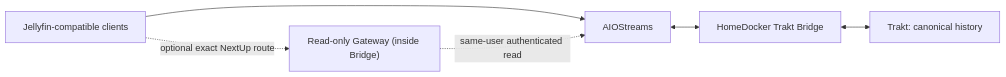
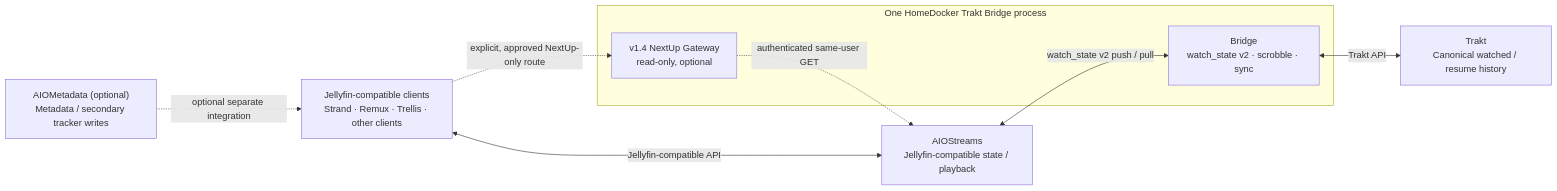
One commit to olivergiangvu/homedocker-trakt-bridge changed the diagram in README.md. Above: the diagram before and after it, drawn with Mermaid. The commit also changed other lines of this file, not shown here.

Commit message:
docs(readme): fully refresh v1.4 stable front page, architecture and operator guidance

````diff
--- a/README.md
+++ b/README.md
@@ -19,8 +35,19 @@
 ```mermaid
 flowchart LR
-    C["Jellyfin-compatible clients"] --> A["AIOStreams"]
-    A <--> B["HomeDocker Trakt Bridge"]
-    B <--> T["Trakt: canonical history"]
-    C -. "optional exact NextUp route" .-> G["Read-only Gateway (inside Bridge)"]
-    G -. "same-user authenticated read" .-> A
+    C["Jellyfin-compatible clients<br/>Strand · Remux · Trellis · other clients"]
+    A["AIOStreams<br/>Jellyfin-compatible state / playback"]
+    T["Trakt<br/>Canonical watched / resume history"]
+    M["AIOMetadata (optional)<br/>Metadata / secondary tracker writes"]
+
+    subgraph P["One HomeDocker Trakt Bridge process"]
+        B["Bridge<br/>watch_state v2 · scrobble · sync"]
+        G["v1.4 NextUp Gateway<br/>read-only, optional"]
+    end
+
+    C <-->|"Jellyfin-compatible API"| A
+    A <-->|"watch_state v2 push / pull"| B
+    B <-->|"Trakt API"| T
+    C -. "explicit, approved NextUp-only route" .-> G
+    G -. "authenticated same-user GET" .-> A
+    M -. "optional separate integration" .-> C
 ```
````
